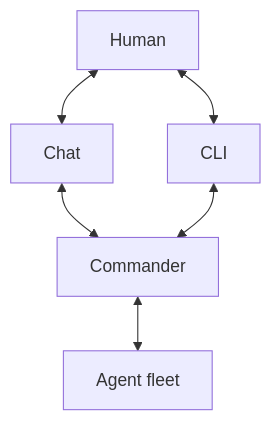
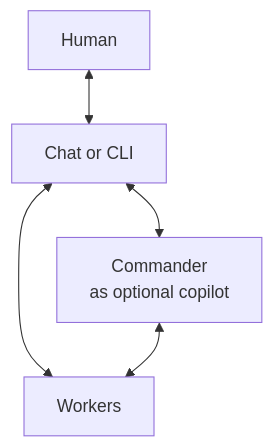
One commit to swiknaba/digitaltwin changed the diagram in README.md. Above: the diagram before and after it, drawn with Mermaid. The commit also changed other lines of this file, not shown here.

Commit message:
docs: clarify Digitaltwin product paths (#32)

````diff
--- a/README.md
+++ b/README.md
@@ -16,14 +16,12 @@
 ```mermaid
 flowchart TD
   human[Human]
-  chat[Chat]
-  cli[CLI]
-  commander[Commander]
-  fleet[Agent fleet]
+  access[Chat or CLI]
+  commander[Commander<br/> as optional copilot]
+  workers[Workers]
 
-  human <--> chat
-  human <--> cli
-  chat <--> commander
-  cli <--> commander
-  commander <--> fleet
+  human <--> access
+  access <--> workers
+  access <--> commander
+  commander <--> workers
 ```
````
